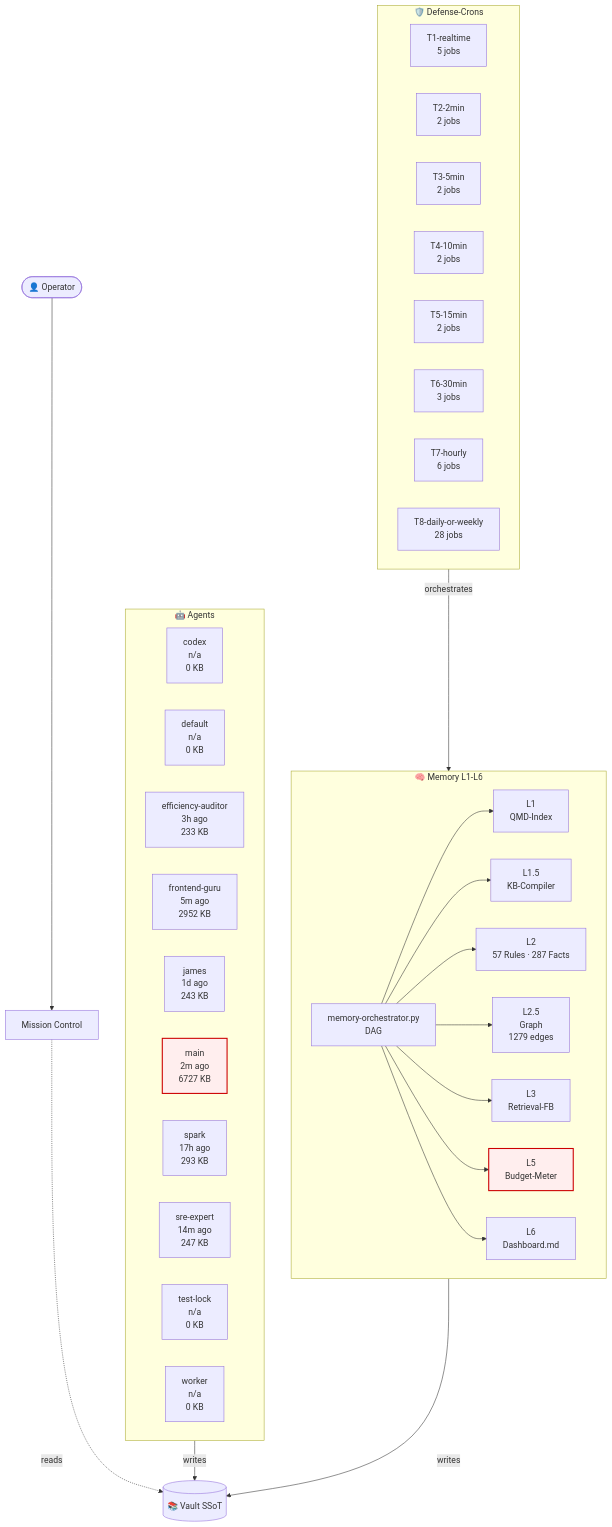
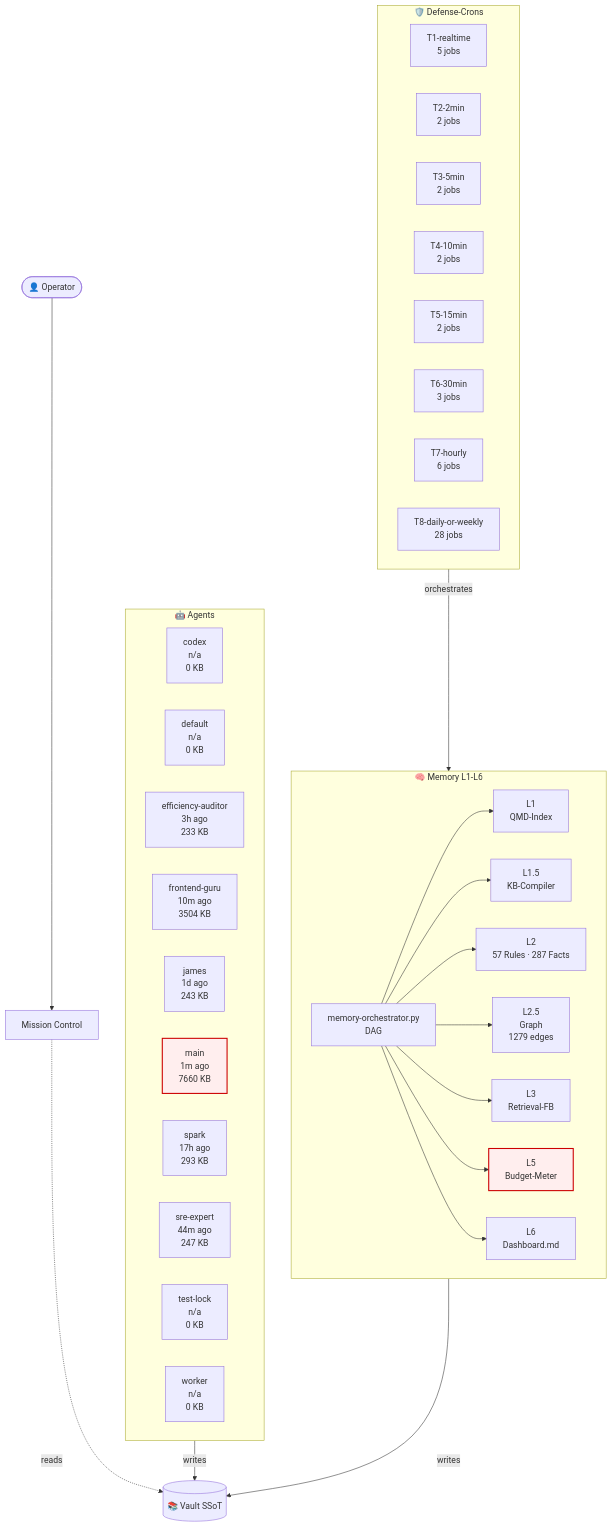
Before and after one commit to lenardhuebner88-rgb/openclaw-memory: the diagram in 03-Agents/architecture-live.md, drawn with Mermaid. The commit also changed other lines of this file and 17 other files, not shown here.

````diff
--- a/03-Agents/architecture-live.md
+++ b/03-Agents/architecture-live.md
@@ -18,53 +18,53 @@
 ```mermaid
 flowchart TB
     classDef critical fill:#fee,stroke:#c00,stroke-width:2px;
     subgraph AGT["🤖 Agents"]
         agent_codex["codex<br/>n/a<br/>0 KB"]
         agent_default["default<br/>n/a<br/>0 KB"]
         agent_efficiency_auditor["efficiency-auditor<br/>3h ago<br/>233 KB"]
-        agent_frontend_guru["frontend-guru<br/>5m ago<br/>2952 KB"]
+        agent_frontend_guru["frontend-guru<br/>10m ago<br/>3504 KB"]
         agent_james["james<br/>1d ago<br/>243 KB"]
-        agent_main["main<br/>2m ago<br/>6727 KB"]
+        agent_main["main<br/>1m ago<br/>7660 KB"]
         agent_spark["spark<br/>17h ago<br/>293 KB"]
-        agent_sre_expert["sre-expert<br/>14m ago<br/>247 KB"]
+        agent_sre_expert["sre-expert<br/>44m ago<br/>247 KB"]
         agent_test_lock["test-lock<br/>n/a<br/>0 KB"]
         agent_worker["worker<br/>n/a<br/>0 KB"]
     end
     subgraph MEM["🧠 Memory L1-L6"]
         L1["L1<br/>QMD-Index"]
         L15["L1.5<br/>KB-Compiler"]
         L2["L2<br/>57 Rules · 287 Facts"]
         L25["L2.5<br/>Graph<br/>1279 edges"]
         L3["L3<br/>Retrieval-FB"]
         L5["L5<br/>Budget-Meter"]
         L6["L6<br/>Dashboard.md"]
         ORCH["memory-orchestrator.py<br/>DAG"]
     end
     subgraph CRN["🛡️ Defense-Crons"]
         tier_T1_realtime["T1-realtime<br/>5 jobs"]
         tier_T2_2min["T2-2min<br/>2 jobs"]
         tier_T3_5min["T3-5min<br/>2 jobs"]
         tier_T4_10min["T4-10min<br/>2 jobs"]
         tier_T5_15min["T5-15min<br/>2 jobs"]
         tier_T6_30min["T6-30min<br/>3 jobs"]
         tier_T7_hourly["T7-hourly<br/>6 jobs"]
         tier_T8_daily_or_weekly["T8-daily-or-weekly<br/>28 jobs"]
     end
     VAULT[("📚 Vault SSoT")]
     OP([👤 Operator])
     MC["Mission Control"]
     OP --> MC
     MC -.reads.-> VAULT
     AGT -->|writes| VAULT
     MEM -->|writes| VAULT
     ORCH --> L1
     ORCH --> L15
     ORCH --> L2
     ORCH --> L25
     ORCH --> L3
     ORCH --> L5
     ORCH --> L6
     CRN -->|orchestrates| MEM
     class L5 critical
     class agent_main critical
 ```
````
